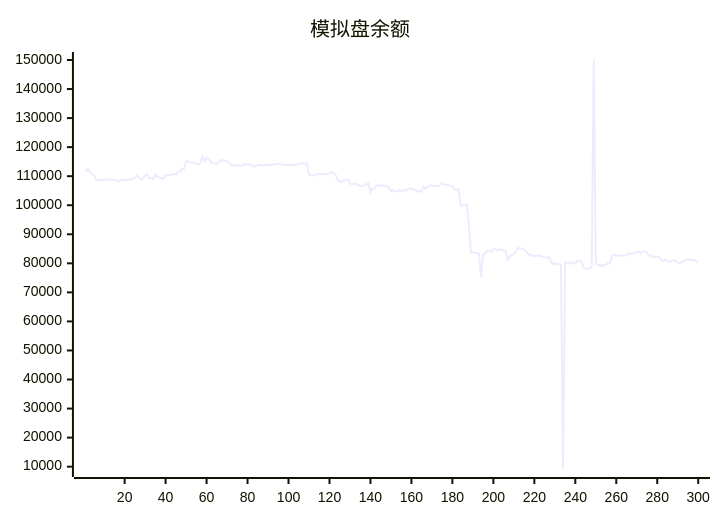
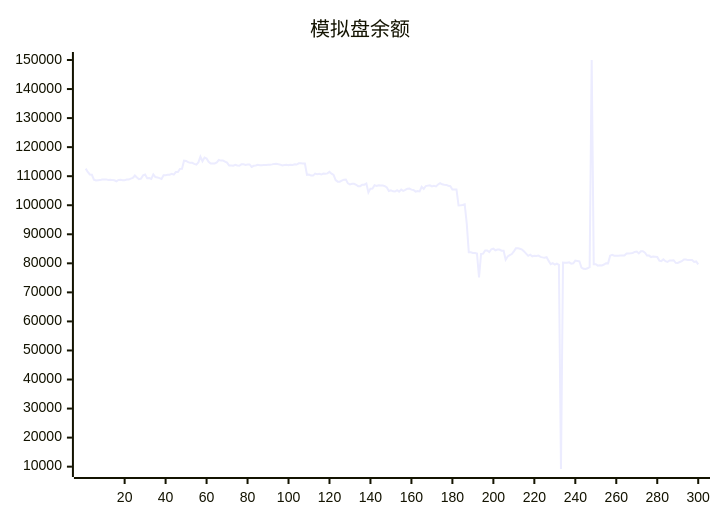
One commit to aahl/ai-trading changed the diagram in README.md. Above: the diagram before and after it, drawn with Mermaid. The commit also changed other lines of this file and 1 other file, not shown here.

````diff
--- a/README.md
+++ b/README.md
@@ -5,5 +5,5 @@
 ```mermaid
 xychart
     title "模拟盘余额"
-    line [111342,112608,111443,110593,110490,108796,108506,108603,108645,108864,108864,108897,108718,108760,108648,108602,108262,108718,108752,108644,108644,108863,108823,109162,109419,110224,109539,108945,109172,110262,110546,109304,109343,109053,110606,109702,109584,109337,109071,110342,110342,110488,110488,110814,110531,111421,111421,112518,112522,115341,115266,114830,114584,114588,114231,113973,114726,116697,115160,116423,116083,114950,114365,114365,114388,114730,115582,115358,115358,115032,114686,113688,113688,113610,113930,113672,113585,114083,114074,113840,113996,114051,113208,113593,113701,113901,113794,113784,113810,113848,113927,113929,114064,114232,114293,114144,113960,113698,113853,113942,113812,113908,113877,114091,113998,114427,114422,114384,114384,110477,110576,110198,110198,110890,110712,110812,110569,110929,110847,110968,111478,110870,110433,108661,108116,108115,108485,108797,108877,107536,107134,107393,107393,107046,106565,106565,107081,107081,107478,104404,105715,105749,106866,106651,106889,106771,106816,106565,106141,104876,105103,104796,104734,105169,104690,105380,104941,105272,105709,105739,105374,105227,104691,104924,104762,106364,105628,106608,106748,106872,106485,106721,106468,107132,107620,107224,107080,107001,106717,106567,105431,105431,105440,99950,100017,100113,100337,93749,83795,83807,83567,83567,83342,75168,83222,83336,84448,84449,83896,84839,85065,84499,84757,84757,84364,84347,81254,82385,82835,83184,84099,85150,85150,85002,84751,84096,83356,82582,82983,82404,82572,82512,82688,82200,82047,81920,82125,80840,79688,80060,79552,79920,79470,9193,80236,80208,80170,80336,79894,80006,80954,80837,80712,78561,78139,78037,78293,78682,150000,79720,79720,79214,79372,79279,79591,80046,79993,82625,82950,82626,82571,82633,82670,82670,82681,83386,83378,83464,83579,83920,84037,83402,84160,84142,83652,82655,82655,82145,82315,82243,82163,80934,80770,81371,80742,80468,80989,80989,81067,80191,80155,80450,80737,81309,81309,81106,81119,81119,80471,80631]
+    line [112608,111443,110593,110490,108796,108506,108603,108645,108864,108864,108897,108718,108760,108648,108602,108262,108718,108752,108644,108644,108863,108823,109162,109419,110224,109539,108945,109172,110262,110546,109304,109343,109053,110606,109702,109584,109337,109071,110342,110342,110488,110488,110814,110531,111421,111421,112518,112522,115341,115266,114830,114584,114588,114231,113973,114726,116697,115160,116423,116083,114950,114365,114365,114388,114730,115582,115358,115358,115032,114686,113688,113688,113610,113930,113672,113585,114083,114074,113840,113996,114051,113208,113593,113701,113901,113794,113784,113810,113848,113927,113929,114064,114232,114293,114144,113960,113698,113853,113942,113812,113908,113877,114091,113998,114427,114422,114384,114384,110477,110576,110198,110198,110890,110712,110812,110569,110929,110847,110968,111478,110870,110433,108661,108116,108115,108485,108797,108877,107536,107134,107393,107393,107046,106565,106565,107081,107081,107478,104404,105715,105749,106866,106651,106889,106771,106816,106565,106141,104876,105103,104796,104734,105169,104690,105380,104941,105272,105709,105739,105374,105227,104691,104924,104762,106364,105628,106608,106748,106872,106485,106721,106468,107132,107620,107224,107080,107001,106717,106567,105431,105431,105440,99950,100017,100113,100337,93749,83795,83807,83567,83567,83342,75168,83222,83336,84448,84449,83896,84839,85065,84499,84757,84757,84364,84347,81254,82385,82835,83184,84099,85150,85150,85002,84751,84096,83356,82582,82983,82404,82572,82512,82688,82200,82047,81920,82125,80840,79688,80060,79552,79920,79470,9193,80236,80208,80170,80336,79894,80006,80954,80837,80712,78561,78139,78037,78293,78682,150000,79720,79720,79214,79372,79279,79591,80046,79993,82625,82950,82626,82571,82633,82670,82670,82681,83386,83378,83464,83579,83920,84037,83402,84160,84142,83652,82655,82655,82145,82315,82243,82163,80934,80770,81371,80742,80468,80989,80989,81067,80191,80155,80450,80737,81309,81309,81106,81119,81119,80471,80631,79624]
 ```
````
